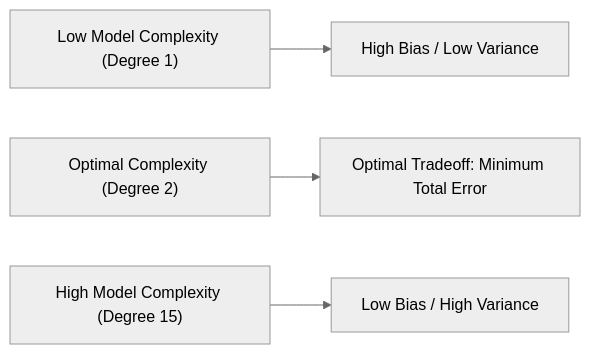
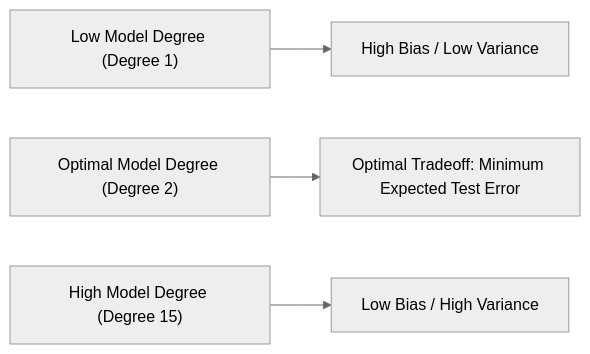
One commit to xrcodexcode/xr_node changed the third of 3 diagrams in 01_RAW/PROCESS/learn-core-machine-learning-part-10.md. Above: the diagram before and after it, drawn with Mermaid (neutral theme). The commit also changed other lines of this file and 15 other files, not shown here.

````diff
--- a/01_RAW/PROCESS/learn-core-machine-learning-part-10.md
+++ b/01_RAW/PROCESS/learn-core-machine-learning-part-10.md
@@ -86,6 +91,6 @@
 ```mermaid
 graph LR
-    Sub1["Low Model Complexity (Degree 1)"] --> BiasMax["High Bias / Low Variance"]
-    Sub2["Optimal Complexity (Degree 2)"] --> SweetSpot["Optimal Tradeoff: Minimum Total Error"]
-    Sub3["High Model Complexity (Degree 15)"] --> VarMax["Low Bias / High Variance"]
+    Sub1["Low Model Degree (Degree 1)"] --> BiasMax["High Bias / Low Variance"]
+    Sub2["Optimal Model Degree (Degree 2)"] --> SweetSpot["Optimal Tradeoff: Minimum Expected Test Error"]
+    Sub3["High Model Degree (Degree 15)"] --> VarMax["Low Bias / High Variance"]
 ```
````
